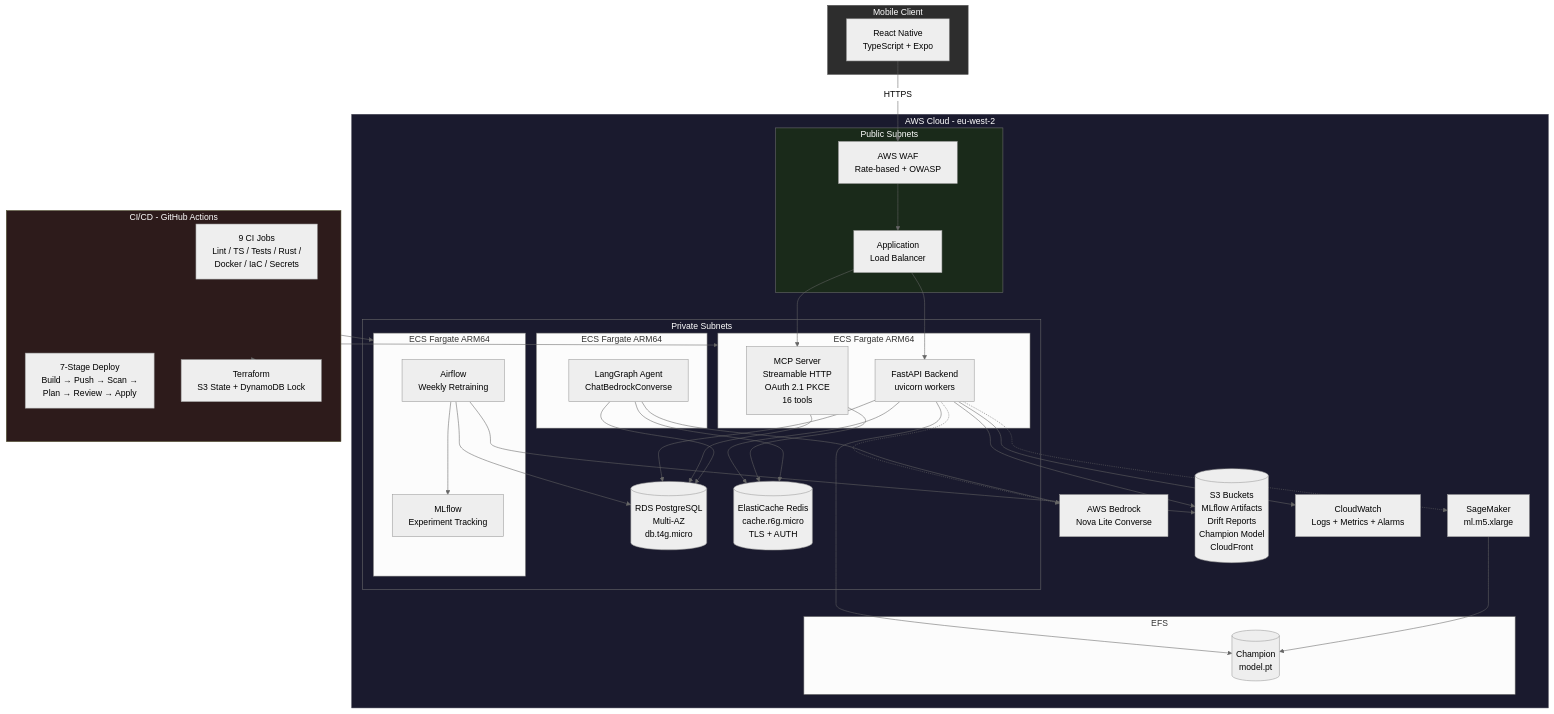
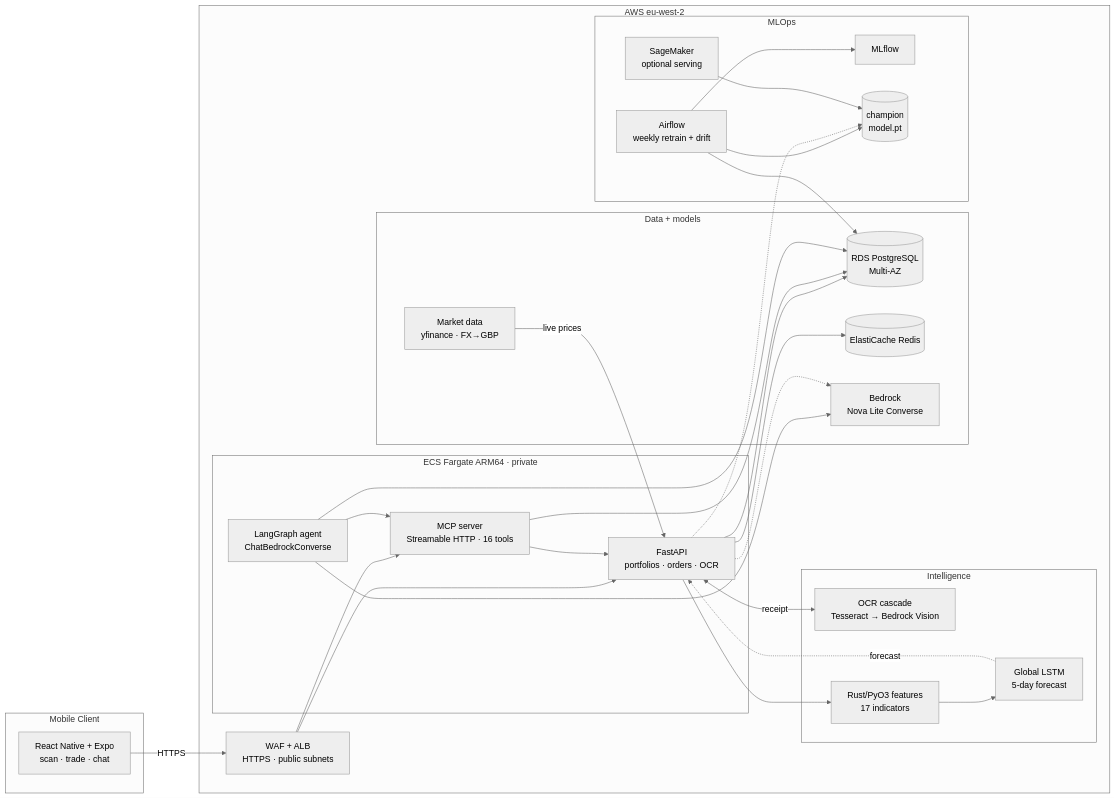
The diagram in README.md (AhmedIkram05/stocklens), drawn with Mermaid (neutral theme) before and after one commit. The commit also changed other lines of this file, not shown here.

Commit message:
docs: Update README to enhance link accessibility and diagram clarity
- Replaced static technology badges with clickable links to their respective documentation for improved accessibility.
- Adjusted the flowchart layout for better readability and understanding of the AWS architecture and components involved in the system.

````diff
--- a/README.md
+++ b/README.md
@@ -49,79 +49,57 @@
 ```mermaid
-flowchart TB
+flowchart LR
     subgraph Client["Mobile Client"]
-        RN[React Native<br/>TypeScript + Expo]
+        RN["React Native + Expo<br/>scan · trade · chat"]
     end
 
-    subgraph AWS["AWS Cloud - eu-west-2"]
-        subgraph Public["Public Subnets"]
-            ALB[Application<br/>Load Balancer]
-            WAF[AWS WAF<br/>Rate-based + OWASP]
+    subgraph AWS["AWS eu-west-2"]
+        WAF["WAF + ALB<br/>HTTPS · public subnets"]
+
+        subgraph App["ECS Fargate ARM64 · private"]
+            API["FastAPI<br/>portfolios · orders · OCR"]
+            MCP["MCP server<br/>Streamable HTTP · 16 tools"]
+            AGENT["LangGraph agent<br/>ChatBedrockConverse"]
         end
 
-        subgraph Private["Private Subnets"]
-            subgraph ECS_API["ECS Fargate ARM64"]
-                API[FastAPI Backend<br/>uvicorn workers]
-                MCP[MCP Server<br/>Streamable HTTP<br/>OAuth 2.1 PKCE<br/>16 tools]
-            end
-
-            subgraph ECS_AGENT["ECS Fargate ARM64"]
-                AGENT[LangGraph Agent<br/>ChatBedrockConverse]
-            end
-
-            RDS[(RDS PostgreSQL<br/>Multi-AZ<br/>db.t4g.micro)]
-            RC[(ElastiCache Redis<br/>cache.r6g.micro<br/>TLS + AUTH)]
-
-            subgraph ECS_ML["ECS Fargate ARM64"]
-                AF[Airflow<br/>Weekly Retraining]
-                MLF[MLflow<br/>Experiment Tracking]
-            end
+        subgraph Brain["Intelligence"]
+            OCR["OCR cascade<br/>Tesseract → Bedrock Vision"]
+            RUST["Rust/PyO3 features<br/>17 indicators"]
+            LSTM["Global LSTM<br/>5-day forecast"]
         end
 
-        BEDROCK[AWS Bedrock<br/>Nova Lite Converse]
-        S3_BUCKETS[(S3 Buckets<br/>MLflow Artifacts<br/>Drift Reports<br/>Champion Model<br/>CloudFront)]
-        CW[CloudWatch<br/>Logs + Metrics + Alarms]
-
-        subgraph EFS["EFS"]
-            CHAMPION[(Champion<br/>model.pt)]
+        subgraph Data["Data + models"]
+            RDS[("RDS PostgreSQL<br/>Multi-AZ")]
+            REDIS[("ElastiCache Redis")]
+            BEDROCK["Bedrock<br/>Nova Lite Converse"]
+            MKT["Market data<br/>yfinance · FX→GBP"]
         end
 
-        SM[SageMaker<br/>ml.m5.xlarge]
-    end
-
-    subgraph CI_CD["CI/CD - GitHub Actions"]
-        GHA[9 CI Jobs<br/>Lint / TS / Tests / Rust /<br/>Docker / IaC / Secrets]
-        CD[7-Stage Deploy<br/>Build → Push → Scan →<br/>Plan → Review → Apply]
-        TF[Terraform<br/>S3 State + DynamoDB Lock]
+        subgraph MLOPS["MLOps"]
+            AF["Airflow<br/>weekly retrain + drift"]
+            MLF["MLflow"]
+            CHAMPION[("champion<br/>model.pt")]
+            SM["SageMaker<br/>optional serving"]
+        end
     end
 
     RN -->|HTTPS| WAF
-    WAF --> ALB
-    ALB --> API
-    ALB --> MCP
+    WAF --> API
+    WAF --> MCP
+    API <-->|receipt| OCR
+    API --> RUST --> LSTM
+    LSTM -.->|forecast| API
+    MCP --> API
+    AGENT --> MCP
+    AGENT --> BEDROCK
+    API -.-> BEDROCK
     API --> RDS
-    API --> RC
-    API --> S3_BUCKETS
-    API -.-> BEDROCK
+    API --> REDIS
+    MKT -->|live prices| API
     MCP --> RDS
-    MCP --> RC
-    AGENT --> BEDROCK
-    API --> CW
-    AGENT --> RC
     AGENT --> RDS
     AF --> MLF
-    AF --> S3_BUCKETS
     AF --> RDS
-    API --> CHAMPION
+    AF --> CHAMPION
+    API -.-> CHAMPION
     SM --> CHAMPION
-    API -.-> SM
-
-    CI_CD --> ECS_API
-    CI_CD --> ECS_ML
-    CI_CD --> TF
-
-    style Client fill:#2d2d2d,color:#fff,stroke:#555
-    style AWS fill:#1a1a2e,color:#fff,stroke:#334
-    style Public fill:#1a2a1a,color:#fff
-    style Private fill:#1a1a2e,color:#fff
-    style CI_CD fill:#2d1b1b,color:#fff,stroke:#553
 ```
````
